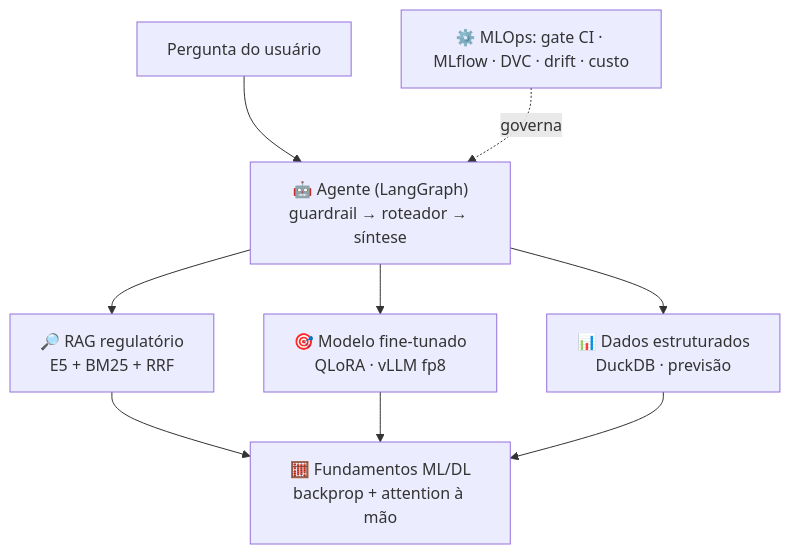
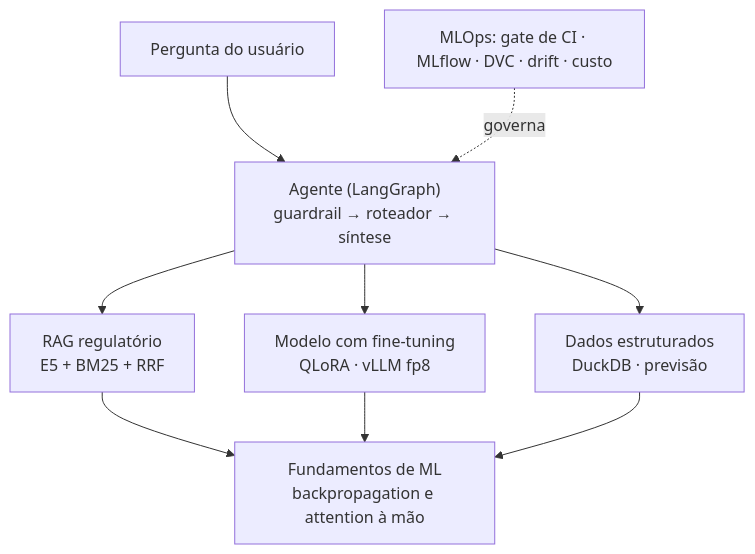
Before and after one commit to alanjoffre/portfolio: the second of 2 diagrams in README.md, drawn with Mermaid. The commit also changed other lines of this file and 29 other files, not shown here.

````diff
--- a/README.md
+++ b/README.md
@@ -76,9 +61,9 @@
 ```mermaid
 flowchart TB
-  Q["Pergunta do usuário"] --> AG["🤖 Agente (LangGraph)<br/>guardrail → roteador → síntese"]
-  AG --> RAG["🔎 RAG regulatório<br/>E5 + BM25 + RRF"]
-  AG --> FT["🎯 Modelo fine-tunado<br/>QLoRA · vLLM fp8"]
-  AG --> DADOS["📊 Dados estruturados<br/>DuckDB · previsão"]
-  RAG & FT & DADOS --> BASE["🧮 Fundamentos ML/DL<br/>backprop + attention à mão"]
-  MLOPS["⚙️ MLOps: gate CI · MLflow · DVC · drift · custo"] -.->|governa| AG
+  Q["Pergunta do usuário"] --> AG["Agente (LangGraph)<br/>guardrail → roteador → síntese"]
+  AG --> RAG["RAG regulatório<br/>E5 + BM25 + RRF"]
+  AG --> FT["Modelo com fine-tuning<br/>QLoRA · vLLM fp8"]
+  AG --> DADOS["Dados estruturados<br/>DuckDB · previsão"]
+  RAG & FT & DADOS --> BASE["Fundamentos de ML<br/>backpropagation e attention à mão"]
+  MLOPS["MLOps: gate de CI · MLflow · DVC · drift · custo"] -.->|governa| AG
 ```
````
